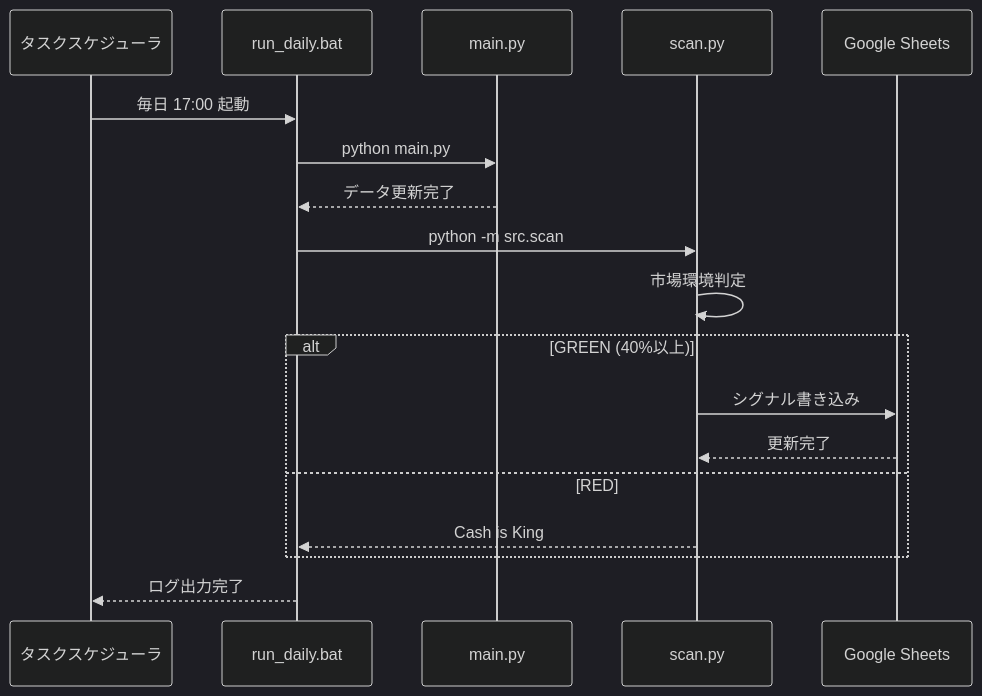
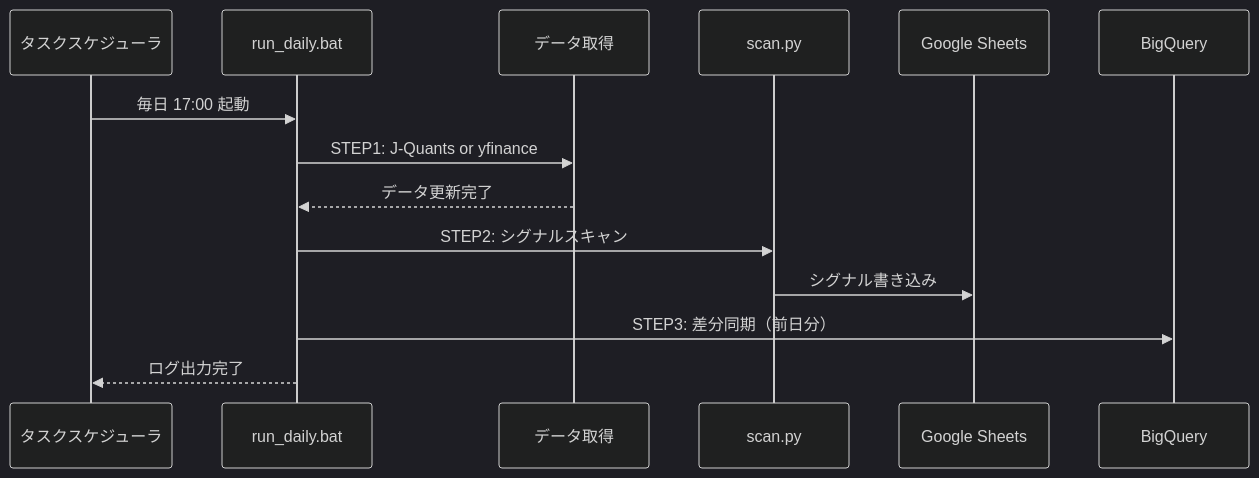
The second of 2 diagrams in docs/ARCHITECTURE.md (yke-t/jquants-stock-collector), drawn with Mermaid (dark theme) before and after one commit. The commit also changed other lines of this file, not shown here.

Commit message:
Update ARCHITECTURE.md: add yfinance, BigQuery sync, and new data flow

````diff
--- a/docs/ARCHITECTURE.md
+++ b/docs/ARCHITECTURE.md
@@ -213,21 +70,17 @@
 ```mermaid
 sequenceDiagram
     participant Scheduler as タスクスケジューラ
     participant Bat as run_daily.bat
-    participant Main as main.py
+    participant Data as データ取得
     participant Scan as scan.py
     participant Sheets as Google Sheets
+    participant BQ as BigQuery
     
     Scheduler->>Bat: 毎日 17:00 起動
-    Bat->>Main: python main.py
-    Main-->>Bat: データ更新完了
-    Bat->>Scan: python -m src.scan
-    Scan->>Scan: 市場環境判定
-    alt GREEN (40%以上)
-        Scan->>Sheets: シグナル書き込み
-        Sheets-->>Scan: 更新完了
-    else RED
-        Scan-->>Bat: Cash is King
-    end
+    Bat->>Data: STEP1: J-Quants or yfinance
+    Data-->>Bat: データ更新完了
+    Bat->>Scan: STEP2: シグナルスキャン
+    Scan->>Sheets: シグナル書き込み
+    Bat->>BQ: STEP3: 差分同期（前日分）
     Bat-->>Scheduler: ログ出力完了
 ```
````
